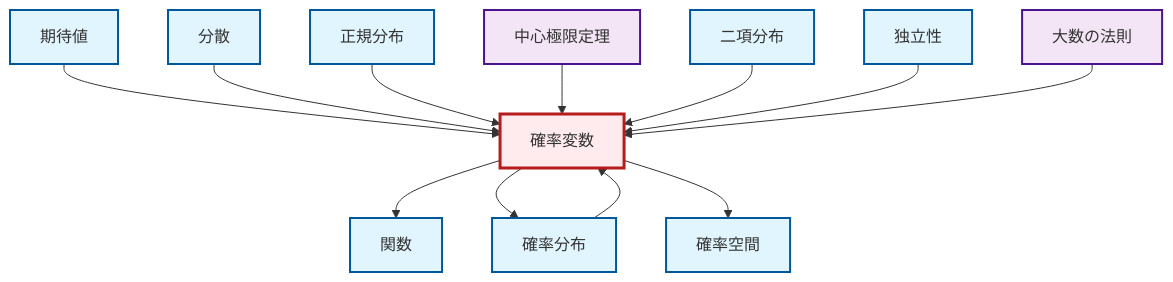
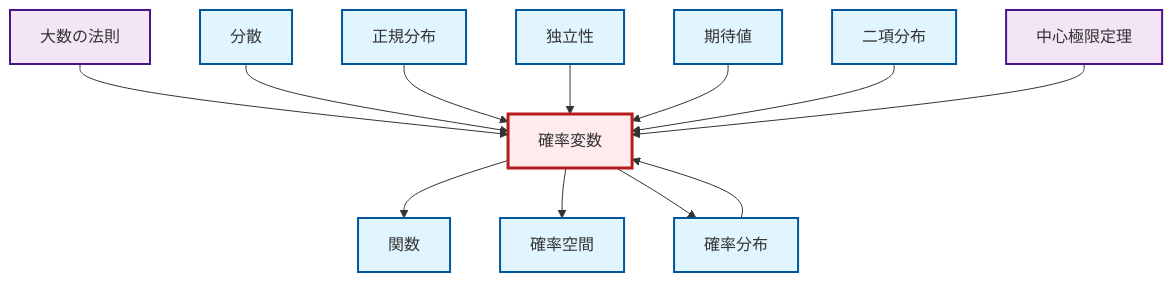
One commit to RK0429/ModernMath changed the diagram in output/mermaid/ja/def-random-variable.mermaid. Above: the diagram before and after it, drawn with Mermaid. The commit also changed other lines of this file and 1707 other files, not shown here.

```diff
--- a/output/mermaid/ja/def-random-variable.mermaid
+++ b/output/mermaid/ja/def-random-variable.mermaid
@@ -1,29 +1,29 @@
 graph TD
     classDef definition fill:#e1f5fe,stroke:#01579b,stroke-width:2px
     classDef theorem fill:#f3e5f5,stroke:#4a148c,stroke-width:2px
     classDef axiom fill:#fff3e0,stroke:#e65100,stroke-width:2px
     classDef example fill:#e8f5e9,stroke:#1b5e20,stroke-width:2px
     classDef current fill:#ffebee,stroke:#b71c1c,stroke-width:3px
+    def-independence["独立性"]:::definition
+    def-expectation["期待値"]:::definition
+    def-binomial-distribution["二項分布"]:::definition
+    def-normal-distribution["正規分布"]:::definition
+    thm-law-of-large-numbers["大数の法則"]:::theorem
+    def-function["関数"]:::definition
+    def-probability-distribution["確率分布"]:::definition
+    def-probability-space["確率空間"]:::definition
+    def-random-variable["確率変数"]:::definition
     thm-central-limit["中心極限定理"]:::theorem
-    def-probability-distribution["確率分布"]:::definition
-    def-function["関数"]:::definition
-    def-expectation["期待値"]:::definition
-    def-normal-distribution["正規分布"]:::definition
-    def-random-variable["確率変数"]:::definition
-    def-binomial-distribution["二項分布"]:::definition
-    thm-law-of-large-numbers["大数の法則"]:::theorem
-    def-independence["独立性"]:::definition
-    def-probability-space["確率空間"]:::definition
     def-variance["分散"]:::definition
-    def-expectation --> def-random-variable
+    thm-law-of-large-numbers --> def-random-variable
+    def-random-variable --> def-function
     def-variance --> def-random-variable
     def-normal-distribution --> def-random-variable
-    def-random-variable --> def-function
+    def-random-variable --> def-probability-space
+    def-independence --> def-random-variable
+    def-random-variable --> def-probability-distribution
     def-probability-distribution --> def-random-variable
+    def-expectation --> def-random-variable
+    def-binomial-distribution --> def-random-variable
     thm-central-limit --> def-random-variable
-    def-binomial-distribution --> def-random-variable
-    def-independence --> def-random-variable
-    thm-law-of-large-numbers --> def-random-variable
-    def-random-variable --> def-probability-distribution
-    def-random-variable --> def-probability-space
     class def-random-variable current
```
